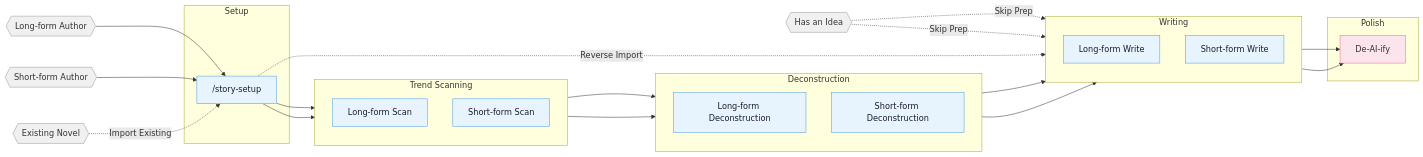
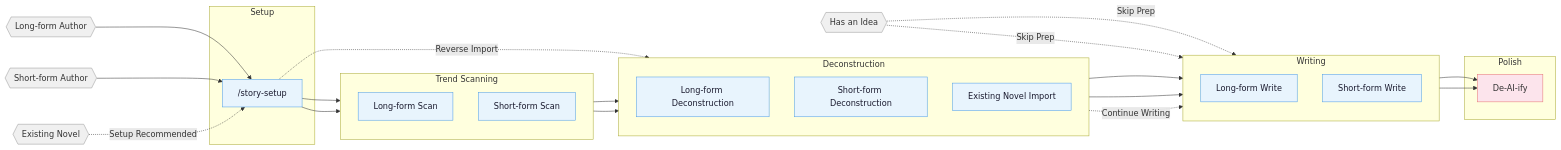
One commit to character-flaw/oh-story-claudecode-legacy-fork changed the diagram in README_EN.md. Above: the diagram before and after it, drawn with Mermaid. The commit also changed other lines of this file and 152 other files, not shown here.

````diff
--- a/README_EN.md
+++ b/README_EN.md
@@ -51,52 +51,54 @@
 ```mermaid
 flowchart LR
     classDef entry fill:#f0f0f0,color:#333,stroke:#999,stroke-width:1px
     classDef phase fill:#e8f4fd,color:#1a1a2e,stroke:#4a9be8,stroke-width:1px
     classDef final fill:#fce4ec,color:#333,stroke:#e57373,stroke-width:1px
 
     entry_l{{"Long-form Author"}}:::entry
     entry_s{{"Short-form Author"}}:::entry
     entry_r{{"Has an Idea"}}:::entry
     entry_i{{"Existing Novel"}}:::entry
 
     subgraph S0 ["  Setup"]
         setup["/story-setup"]:::phase
     end
 
     subgraph S1 ["  Trend Scanning"]
         direction TB
         scan_l["Long-form Scan"]:::phase
         scan_s["Short-form Scan"]:::phase
     end
 
     subgraph S2 ["  Deconstruction"]
         direction TB
         analyze_l["Long-form Deconstruction"]:::phase
         analyze_s["Short-form Deconstruction"]:::phase
+        import_l["Existing Novel Import"]:::phase
     end
 
     subgraph S3 ["  Writing"]
         direction TB
         write_l["Long-form Write"]:::phase
         write_s["Short-form Write"]:::phase
     end
 
     subgraph S4 ["  Polish"]
         deslop["De-AI-ify"]:::final
     end
 
     entry_l --> setup
     entry_s --> setup
     setup --> scan_l
     setup --> scan_s
     scan_l --> analyze_l
     scan_s --> analyze_s
     analyze_l --> write_l
     analyze_s --> write_s
     entry_r -.->|Skip Prep| write_l
     entry_r -.->|Skip Prep| write_s
-    entry_i -.->|Import Existing| setup
-    setup -.->|Reverse Import| write_l
+    entry_i -.->|Setup Recommended| setup
+    setup -.->|Reverse Import| import_l
+    import_l -.->|Continue Writing| write_l
     write_l --> deslop
     write_s --> deslop
 ```
````
